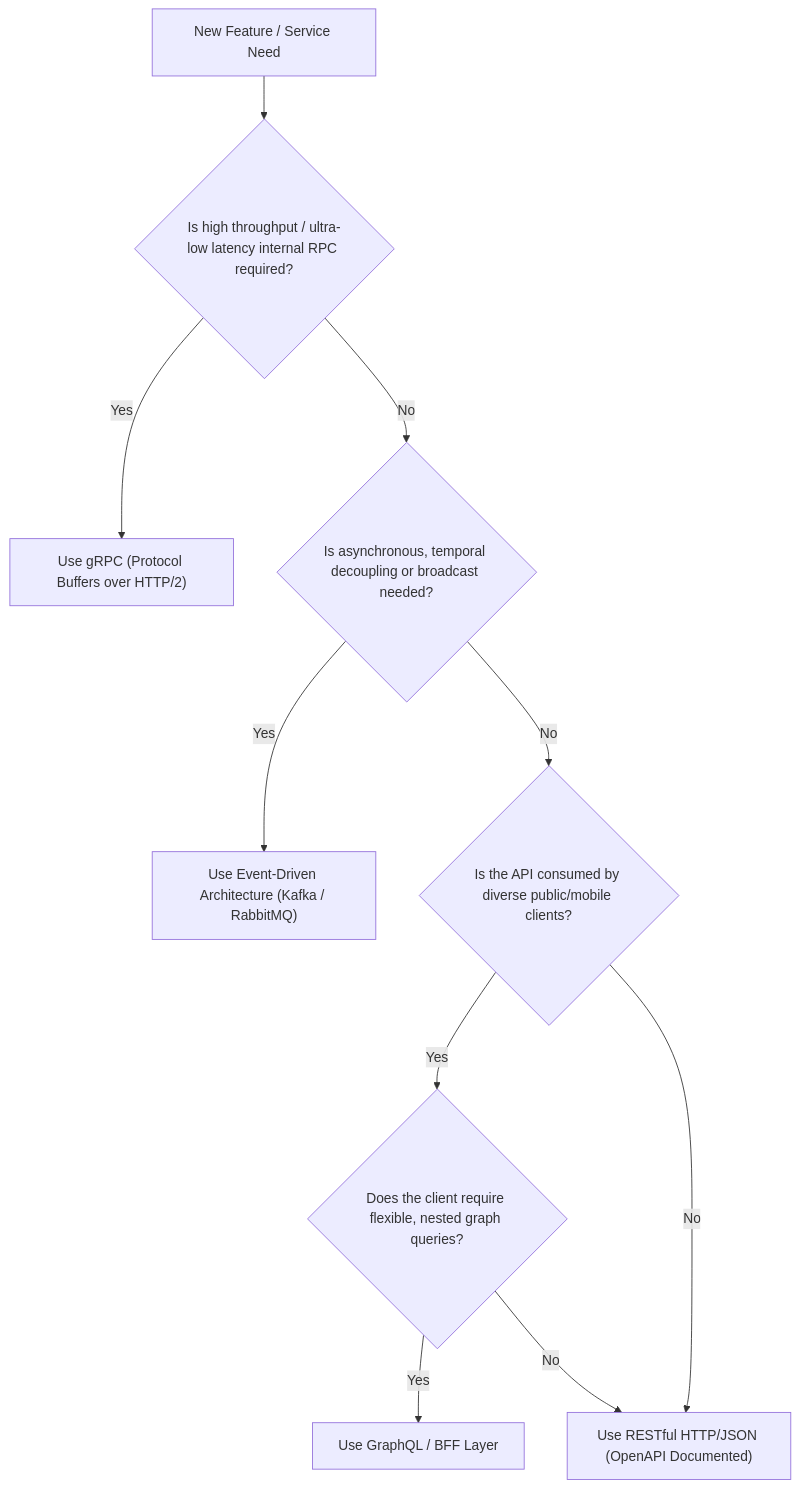
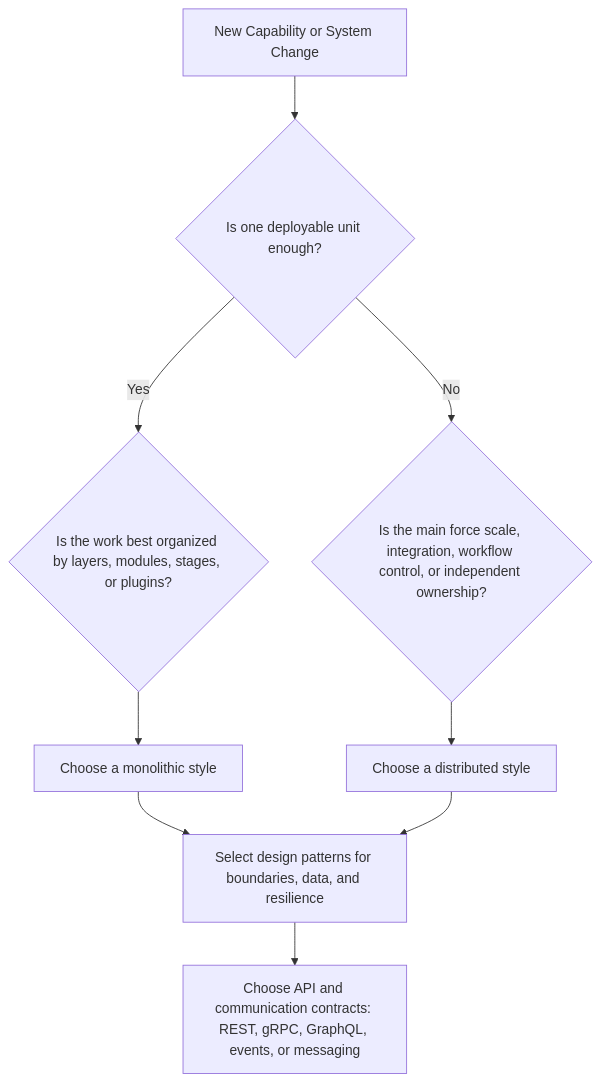
One commit to srikanthkakumanu/api-architecture changed the eighth of 8 diagrams in docs/architecture-overview.md. Above: the diagram before and after it, drawn with Mermaid. The commit also changed other lines of this file and 105 other files, not shown here.

First line of the commit message:
feat: Initialize database schema and add basic HTML pages

````diff
--- a/docs/architecture-overview.md
+++ b/docs/architecture-overview.md
@@ -326,12 +330,11 @@
 ```mermaid
 flowchart TD
-    Start["New Feature / Service Need"] --> Q1{"Is high throughput / ultra-low latency internal RPC required?"}
-    Q1 -- Yes --> UseGRPC["Use gRPC (Protocol Buffers over HTTP/2)"]
-    Q1 -- No --> Q2{"Is asynchronous, temporal decoupling or broadcast needed?"}
-    Q2 -- Yes --> UseEDA["Use Event-Driven Architecture (Kafka / RabbitMQ)"]
-    Q2 -- No --> Q3{"Is the API consumed by diverse public/mobile clients?"}
-    Q3 -- Yes --> Q4{"Does the client require flexible, nested graph queries?"}
-    Q4 -- Yes --> UseGQL["Use GraphQL / BFF Layer"]
-    Q4 -- No --> UseREST["Use RESTful HTTP/JSON (OpenAPI Documented)"]
-    Q3 -- No --> UseREST
+    Start["New Capability or System Change"] --> Q1{"Is one deployable unit enough?"}
+    Q1 -- Yes --> Q2{"Is the work best organized by layers, modules, stages, or plugins?"}
+    Q2 --> Mono["Choose a monolithic style"]
+    Q1 -- No --> Q3{"Is the main force scale, integration, workflow control, or independent ownership?"}
+    Q3 --> Dist["Choose a distributed style"]
+    Mono --> Patterns["Select design patterns for boundaries, data, and resilience"]
+    Dist --> Patterns
+    Patterns --> API["Choose API and communication contracts: REST, gRPC, GraphQL, events, or messaging"]
 ```
````
